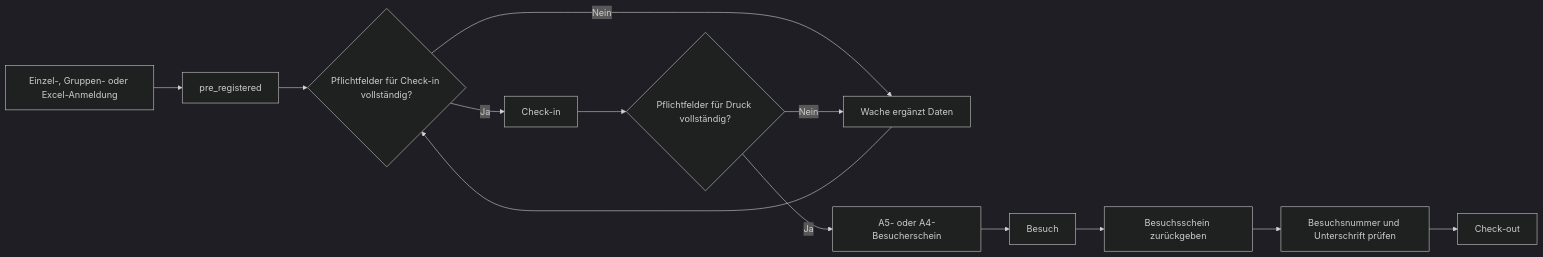
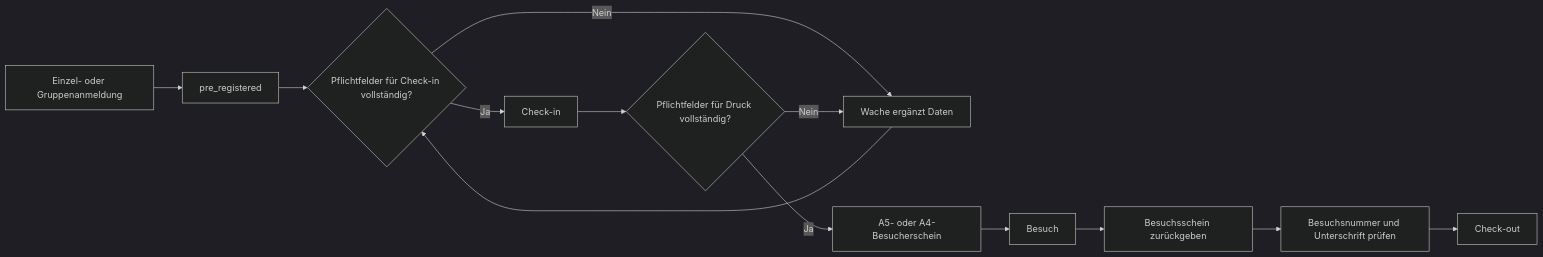
The diagram in README.md (linuxlearner-germany/Besucher_Manager), drawn with Mermaid (dark theme) before and after one commit. The commit also changed other lines of this file and 29 other files, not shown here.

````diff
--- a/README.md
+++ b/README.md
@@ -92,15 +92,15 @@
 ```mermaid
 flowchart LR
-    A[Einzel-, Gruppen- oder Excel-Anmeldung] --> B[pre_registered]
+    A[Einzel- oder Gruppenanmeldung] --> B[pre_registered]
     B --> C{Pflichtfelder für Check-in vollständig?}
     C -- Nein --> D[Wache ergänzt Daten]
     D --> C
     C -- Ja --> E[Check-in]
     E --> F{Pflichtfelder für Druck vollständig?}
     F -- Nein --> D
     F -- Ja --> G[A5- oder A4-Besucherschein]
     G --> H[Besuch]
     H --> I[Besuchsschein zurückgeben]
     I --> J[Besuchsnummer und Unterschrift prüfen]
     J --> K[Check-out]
 ```
````
